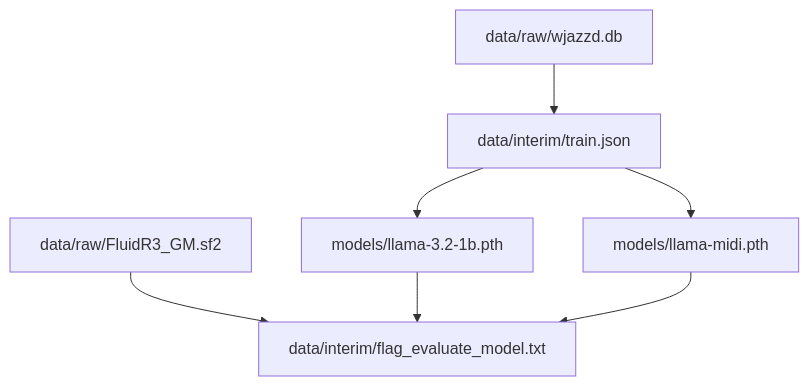
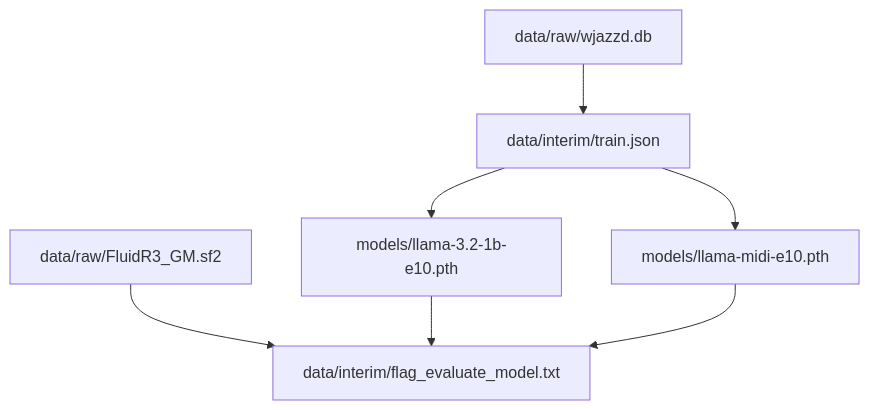
The second of 2 diagrams in PIPELINE.md (u-masao/melody-flow), drawn with Mermaid before and after one commit.

Commit message:
update pipeline

````diff
--- a/PIPELINE.md
+++ b/PIPELINE.md
@@ -23,15 +23,15 @@
 ```mermaid
 flowchart TD
 	node1["data/interim/flag_evaluate_model.txt"]
 	node2["data/interim/train.json"]
 	node3["data/raw/FluidR3_GM.sf2"]
 	node4["data/raw/wjazzd.db"]
-	node5["models/llama-3.2-1b.pth"]
-	node6["models/llama-midi.pth"]
+	node5["models/llama-3.2-1b-e10.pth"]
+	node6["models/llama-midi-e10.pth"]
 	node2-->node5
 	node2-->node6
 	node3-->node1
 	node4-->node2
 	node5-->node1
 	node6-->node1
 ```
````
